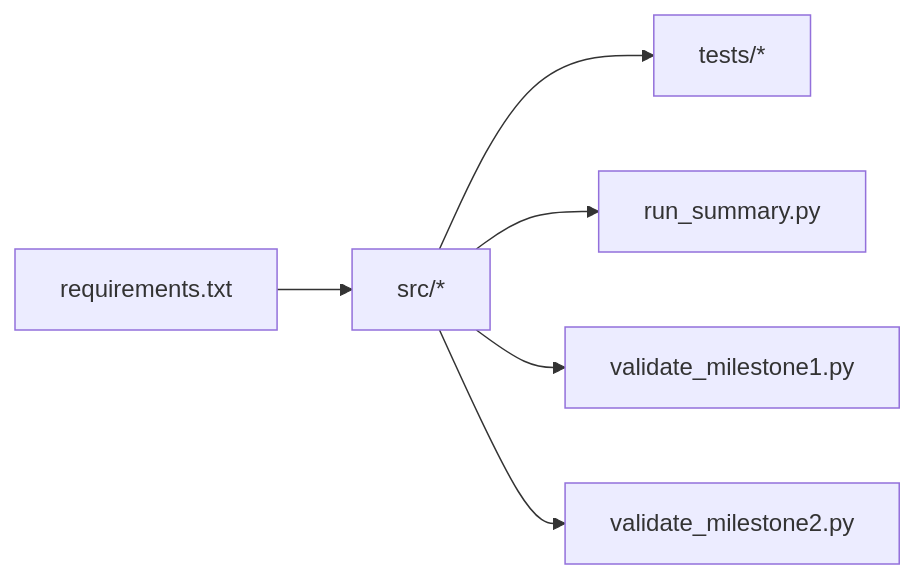
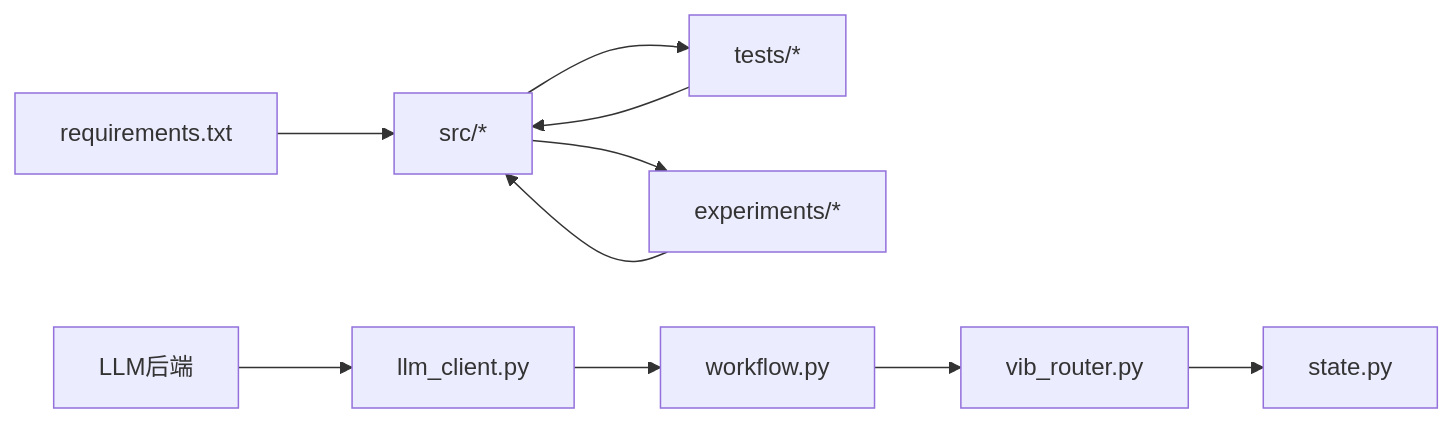
One commit to QuStarry/VIB-SparseCommunication changed the sixth of 6 diagrams in .qoder/repowiki/zh/content/VIB稀疏通信核心/VIB稀疏通信核心.md. Above: the diagram before and after it, drawn with Mermaid. The commit also changed other lines of this file and 28 other files, not shown here.

````diff
--- a/.qoder/repowiki/zh/content/VIB稀疏通信核心/VIB稀疏通信核心.md
+++ b/.qoder/repowiki/zh/content/VIB稀疏通信核心/VIB稀疏通信核心.md
@@ -257,8 +361,12 @@
 ```mermaid
 graph LR
 REQ["requirements.txt"] --> SRC["src/*"]
 SRC --> TEST["tests/*"]
-SRC --> RUN["run_summary.py"]
-SRC --> VAL1["validate_milestone1.py"]
-SRC --> VAL2["validate_milestone2.py"]
+SRC --> EXP["experiments/*"]
+EXP --> SRC
+TEST --> SRC
+LLM["LLM后端"] --> LLM_CLIENT["llm_client.py"]
+LLM_CLIENT --> WORKFLOW["workflow.py"]
+WORKFLOW --> ROUTER["vib_router.py"]
+ROUTER --> STATE["state.py"]
 ```
````
